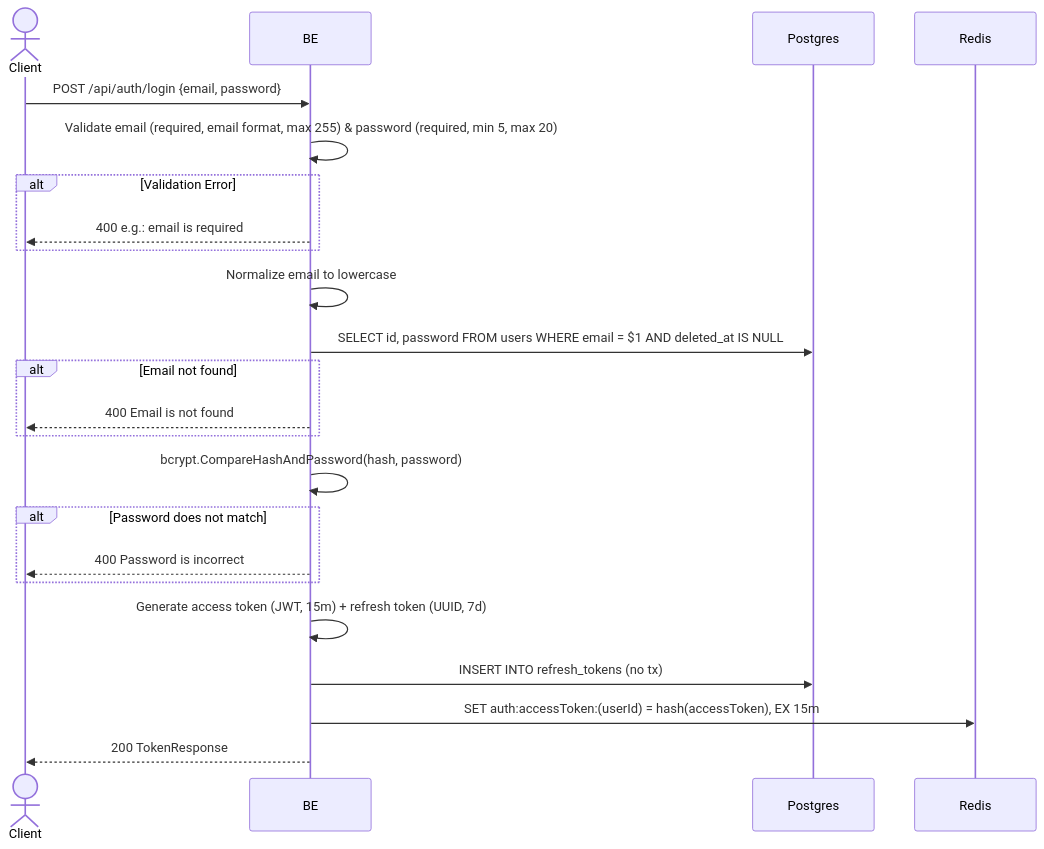
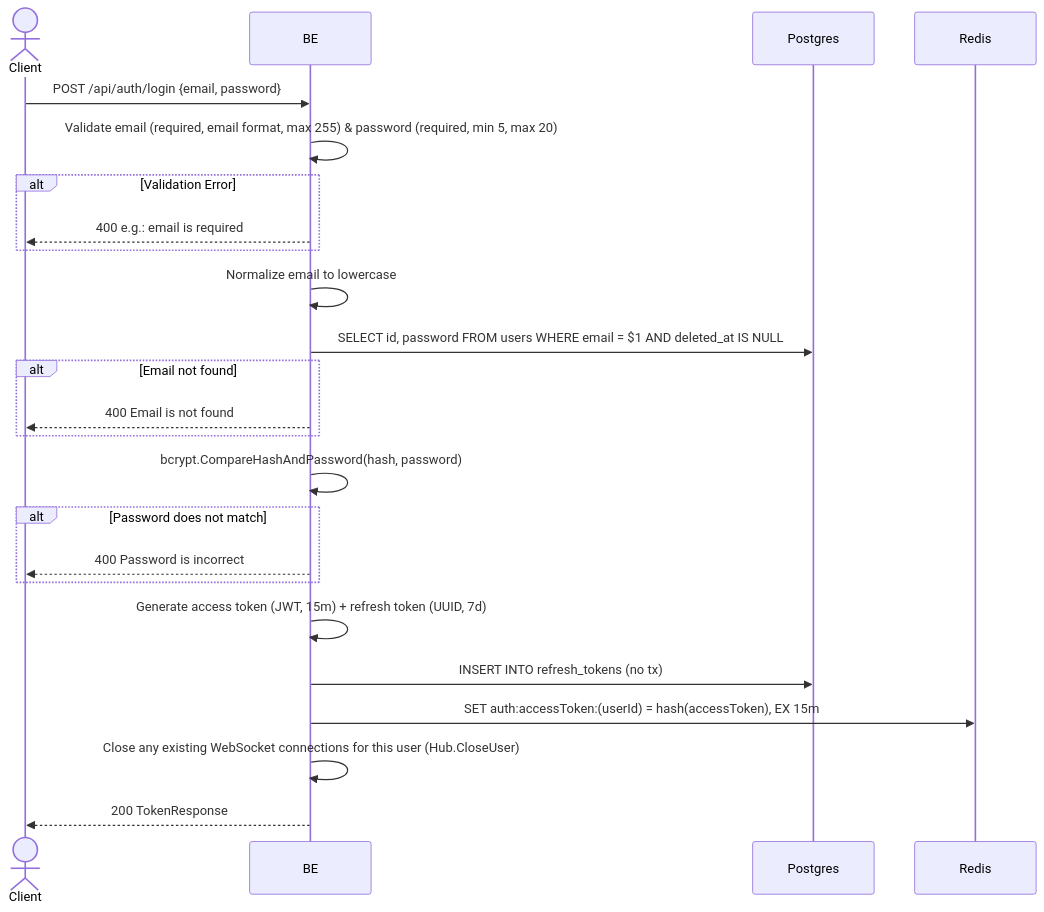
One commit to ferdian3456/virdanproject changed the diagram in docs/flows/en/login.md. Above: the diagram before and after it, drawn with Mermaid. The commit also changed other lines of this file and 67 other files, not shown here.

First line of the commit message:
Audit and fix API flow docs; add missing Payment/Chat documentation (#42)

````diff
--- a/docs/flows/en/login.md
+++ b/docs/flows/en/login.md
@@ -13,26 +13,27 @@
 ```mermaid
 sequenceDiagram
     actor Client
     participant BE
     participant Postgres
     participant Redis
 
     Client->>BE: POST /api/auth/login {email, password}
     BE->>BE: Validate email (required, email format, max 255) & password (required, min 5, max 20)
     alt Validation Error
         BE-->>Client: 400 e.g.: email is required
     end
     BE->>BE: Normalize email to lowercase
     BE->>Postgres: SELECT id, password FROM users WHERE email = $1 AND deleted_at IS NULL
     alt Email not found
         BE-->>Client: 400 Email is not found
     end
     BE->>BE: bcrypt.CompareHashAndPassword(hash, password)
     alt Password does not match
         BE-->>Client: 400 Password is incorrect
     end
     BE->>BE: Generate access token (JWT, 15m) + refresh token (UUID, 7d)
     BE->>Postgres: INSERT INTO refresh_tokens (no tx)
     BE->>Redis: SET auth:accessToken:(userId) = hash(accessToken), EX 15m
+    BE->>BE: Close any existing WebSocket connections for this user (Hub.CloseUser)
     BE-->>Client: 200 TokenResponse
 ```
````
